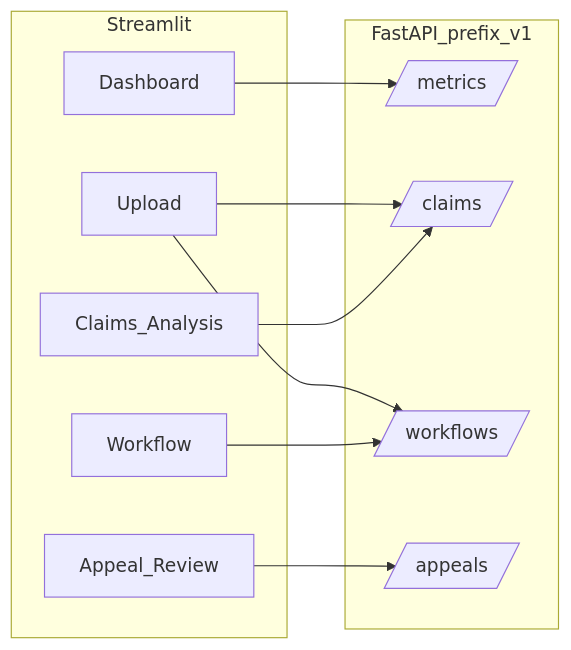
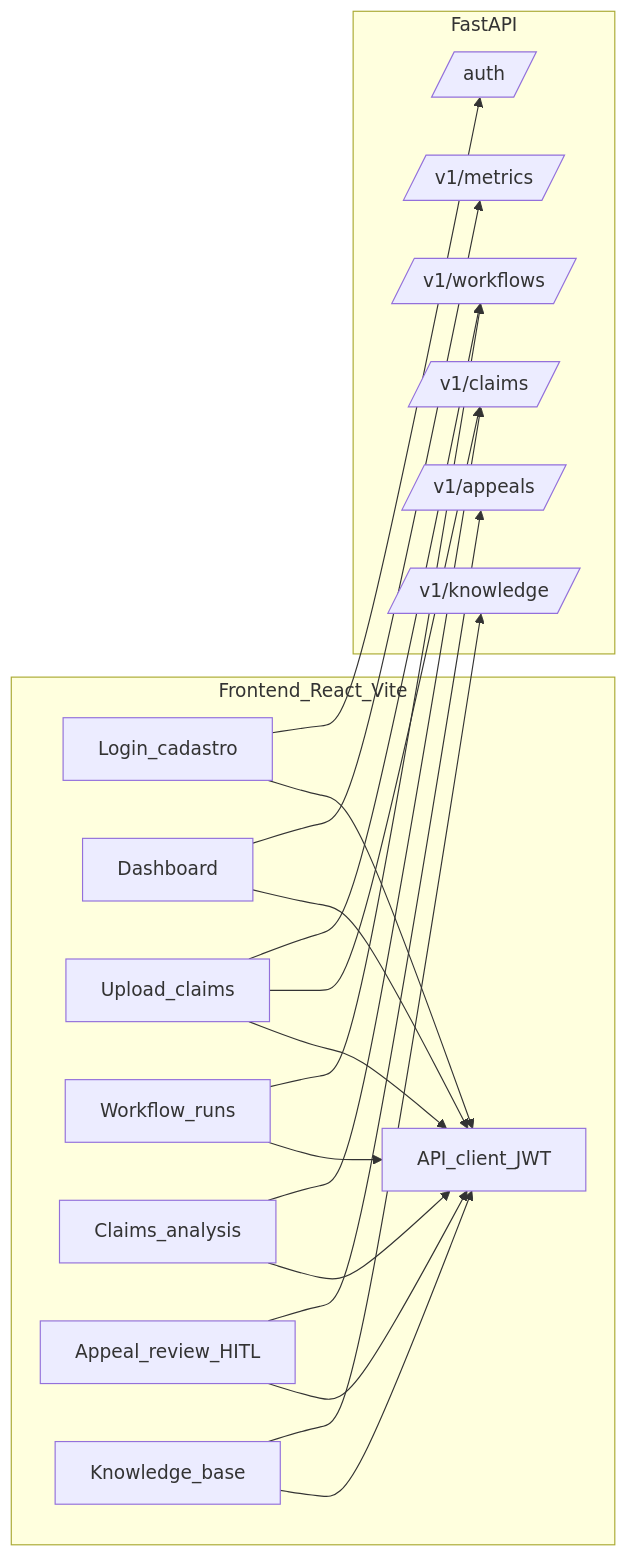
One commit to Matheusmatos2916/denialflow_ai changed the fourth of 7 diagrams in arquitetura.md. Above: the diagram before and after it, drawn with Mermaid. The commit also changed other lines of this file and 57 other files, not shown here.

Commit message:
Add frontend and knowledge workflows

````diff
--- a/arquitetura.md
+++ b/arquitetura.md
@@ -134,22 +141,36 @@
 ```mermaid
 flowchart LR
-  subgraph streamlit_pages [Streamlit]
-    P1[Dashboard]
-    P2[Upload]
-    P3[Workflow]
-    P4[Claims_Analysis]
-    P5[Appeal_Review]
+  subgraph react_spa [Frontend_React_Vite]
+    Auth[Login_cadastro]
+    Dashboard[Dashboard]
+    Upload[Upload_claims]
+    Workflow[Workflow_runs]
+    Claims[Claims_analysis]
+    Appeals[Appeal_review_HITL]
+    Knowledge[Knowledge_base]
+    ApiClient[API_client_JWT]
+    Auth --> ApiClient
+    Dashboard --> ApiClient
+    Upload --> ApiClient
+    Workflow --> ApiClient
+    Claims --> ApiClient
+    Appeals --> ApiClient
+    Knowledge --> ApiClient
   end
-  subgraph fastapi_v1 [FastAPI_prefix_v1]
-    M[/metrics/]
-    C[/claims/]
-    W[/workflows/]
-    A[/appeals/]
+  subgraph fastapi [FastAPI]
+    AuthApi[/auth/]
+    Metrics[/v1/metrics/]
+    ClaimsApi[/v1/claims/]
+    Workflows[/v1/workflows/]
+    AppealsApi[/v1/appeals/]
+    KnowledgeApi[/v1/knowledge/]
   end
-  P1 --> M
-  P2 --> C
-  P2 --> W
-  P3 --> W
-  P4 --> C
-  P5 --> A
+  Auth --> AuthApi
+  Dashboard --> Metrics
+  Upload --> ClaimsApi
+  Upload --> Workflows
+  Workflow --> Workflows
+  Claims --> ClaimsApi
+  Appeals --> AppealsApi
+  Knowledge --> KnowledgeApi
 ```
````
